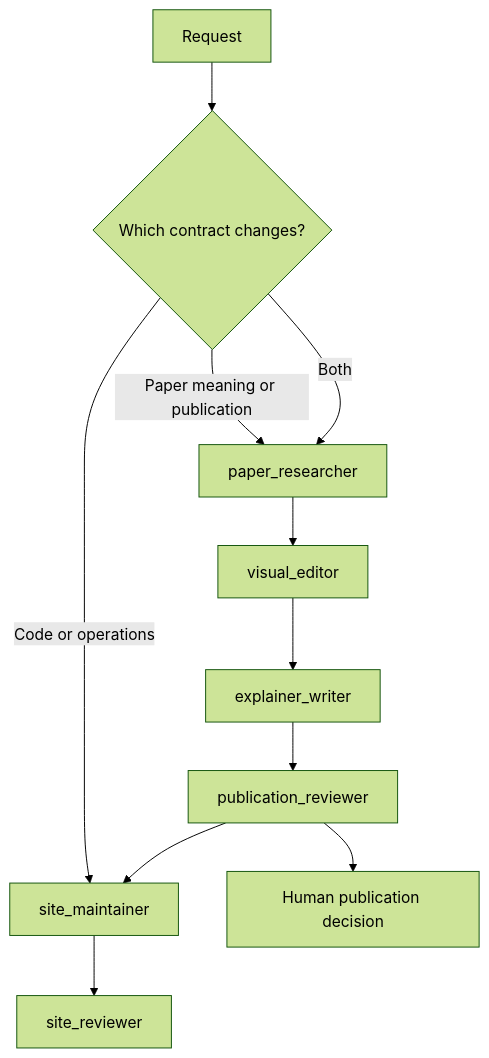
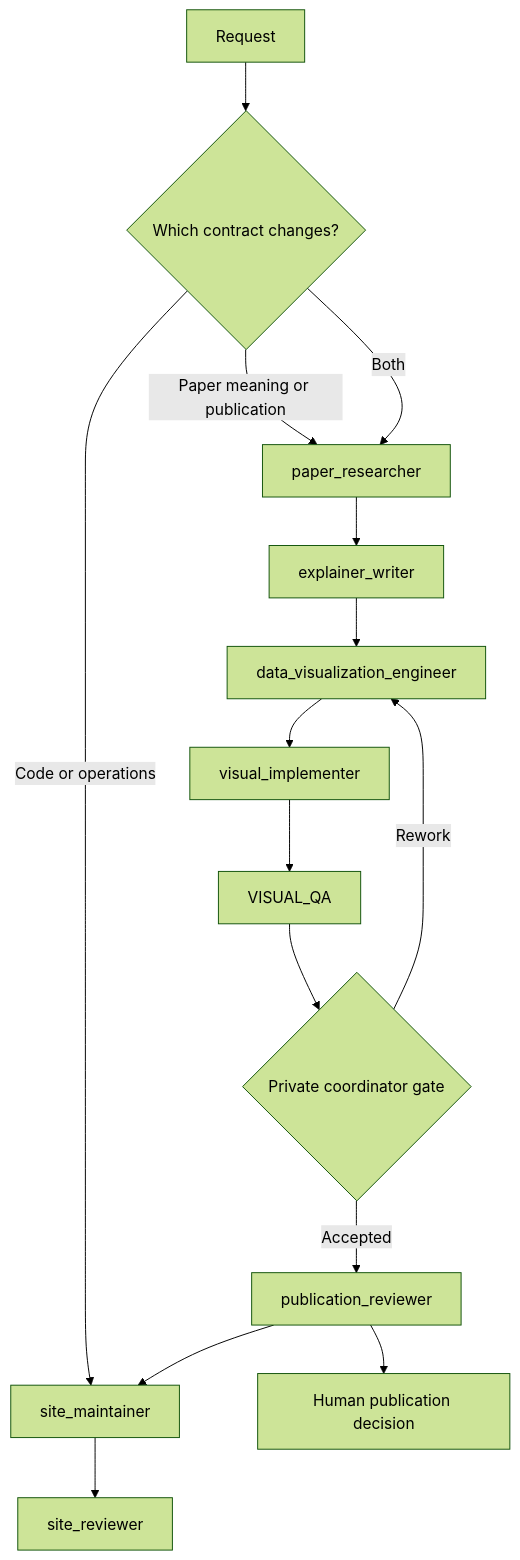
The diagram in docs/agent-harness.md (Betancourt1/paper_atlas), drawn with Mermaid (forest theme) before and after one commit. The commit also changed other lines of this file and 9 other files, not shown here.

````diff
--- a/docs/agent-harness.md
+++ b/docs/agent-harness.md
@@ -42,13 +42,17 @@
 ```mermaid
 flowchart TD
   R[Request] --> C{Which contract changes?}
   C -->|Code or operations| SM[site_maintainer]
   SM --> SR[site_reviewer]
   C -->|Paper meaning or publication| PR[paper_researcher]
-  PR --> VE[visual_editor]
-  VE --> EW[explainer_writer]
-  EW --> PUB[publication_reviewer]
+  PR --> EW[explainer_writer]
+  EW --> DVE[data_visualization_engineer]
+  DVE --> VI[visual_implementer]
+  VI --> VQA[VISUAL_QA]
+  VQA --> G{Private coordinator gate}
+  G -->|Rework| DVE
+  G -->|Accepted| PUB[publication_reviewer]
   PUB --> H[Human publication decision]
   C -->|Both| PR
   PUB --> SM
 ```
````
